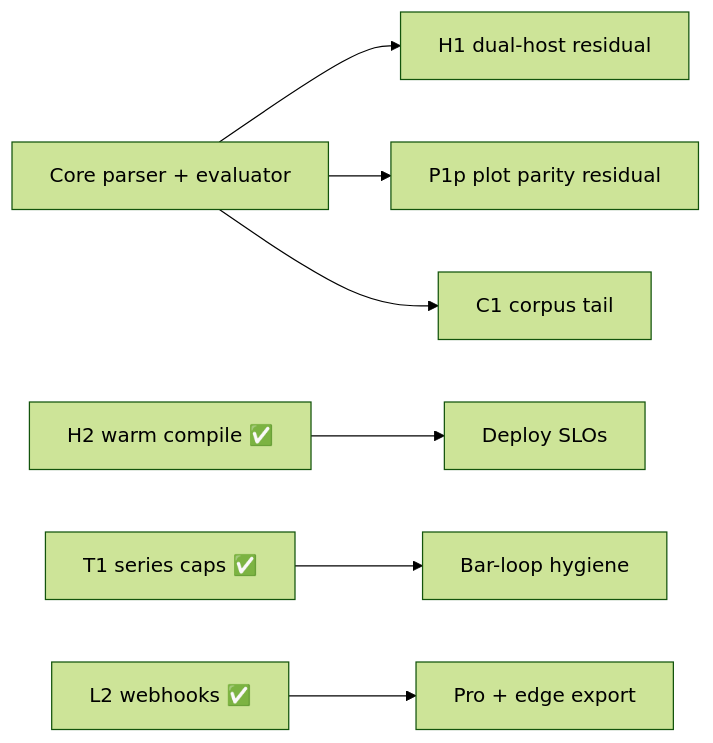
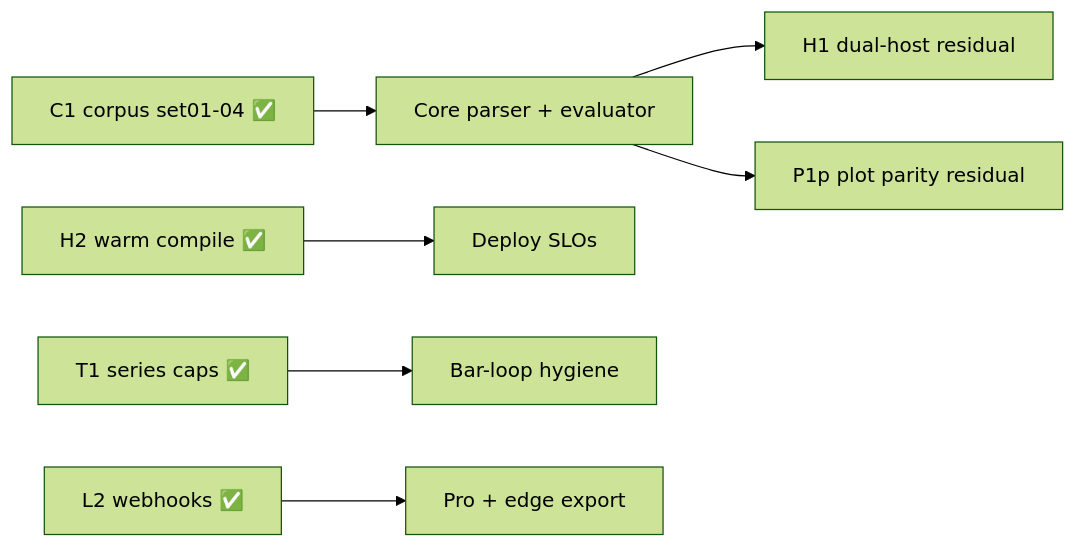
The diagram in docs/pyne/reference/roadmap.mdx (hoox-sh/pyne), drawn with Mermaid (forest theme) before and after one commit. The commit also changed other lines of this file and 20 other files, not shown here.

````diff
--- a/docs/pyne/reference/roadmap.mdx
+++ b/docs/pyne/reference/roadmap.mdx
@@ -41,9 +41,9 @@
 ```mermaid
 flowchart LR
   DONE[Core parser + evaluator] --> H1[H1 dual-host residual]
   DONE --> P1p[P1p plot parity residual]
-  DONE --> C1[C1 corpus tail]
+  C1[C1 corpus set01-04 ✅] --> DONE
   H2[H2 warm compile ✅] --> OPS[Deploy SLOs]
   T1[T1 series caps ✅] --> PERF[Bar-loop hygiene]
   L2[L2 webhooks ✅] --> HOST[Pro + edge export]
 ```
````
